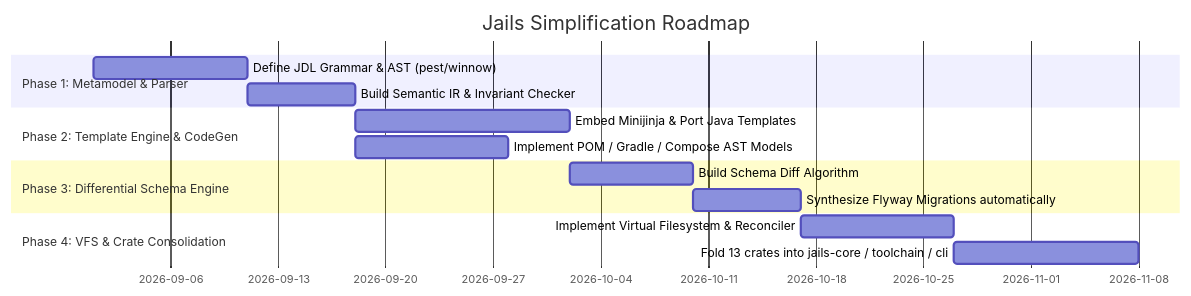
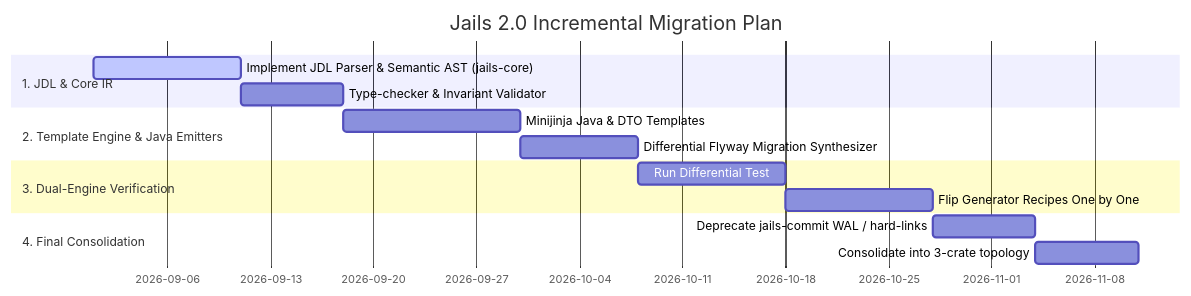
The fifth of 5 diagrams in simplify-gemini.md (laithshadeed/jails), drawn with Mermaid before and after one commit. The commit also changed other lines of this file and 4 other files, not shown here.

````diff
--- a/simplify-gemini.md
+++ b/simplify-gemini.md
@@ -436,17 +362,17 @@
 ```mermaid
 gantt
-    title Jails Simplification Roadmap
+    title Jails 2.0 Incremental Migration Plan
     dateFormat  YYYY-MM-DD
-    section Phase 1: Metamodel & Parser
-    Define JDL Grammar & AST (pest/winnow)         :p1_1, 2026-09-01, 10d
-    Build Semantic IR & Invariant Checker          :p1_2, after p1_1, 7d
-    section Phase 2: Template Engine & CodeGen
-    Embed Minijinja & Port Java Templates          :p2_1, after p1_2, 14d
-    Implement POM / Gradle / Compose AST Models    :p2_2, after p1_2, 10d
-    section Phase 3: Differential Schema Engine
-    Build Schema Diff Algorithm                    :p3_1, after p2_1, 8d
-    Synthesize Flyway Migrations automatically     :p3_2, after p3_1, 7d
-    section Phase 4: VFS & Crate Consolidation
-    Implement Virtual Filesystem & Reconciler      :p4_1, after p3_2, 10d
-    Fold 13 crates into jails-core / toolchain / cli :p4_2, after p4_1, 12d
+    section 1. JDL & Core IR
+    Implement JDL Parser & Semantic AST (jails-core) :active, p1_1, 2026-09-01, 10d
+    Type-checker & Invariant Validator               :p1_2, after p1_1, 7d
+    section 2. Template Engine & Java Emitters
+    Minijinja Java & DTO Templates                   :p2_1, after p1_2, 12d
+    Differential Flyway Migration Synthesizer        :p2_2, after p2_1, 8d
+    section 3. Dual-Engine Verification
+    Run Differential Test: Output_new == Output_old  :p3_1, after p2_2, 10d
+    Flip Generator Recipes One by One                :p3_2, after p3_1, 10d
+    section 4. Final Consolidation
+    Deprecate jails-commit WAL / hard-links          :p4_1, after p3_2, 7d
+    Consolidate into 3-crate topology                :p4_2, after p4_1, 7d
 ```
````
